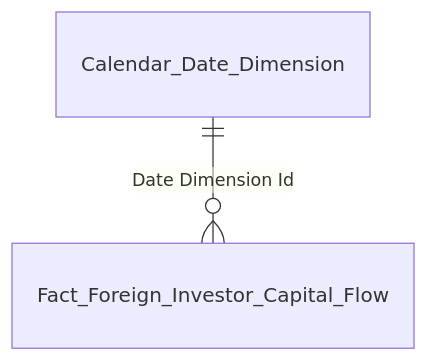
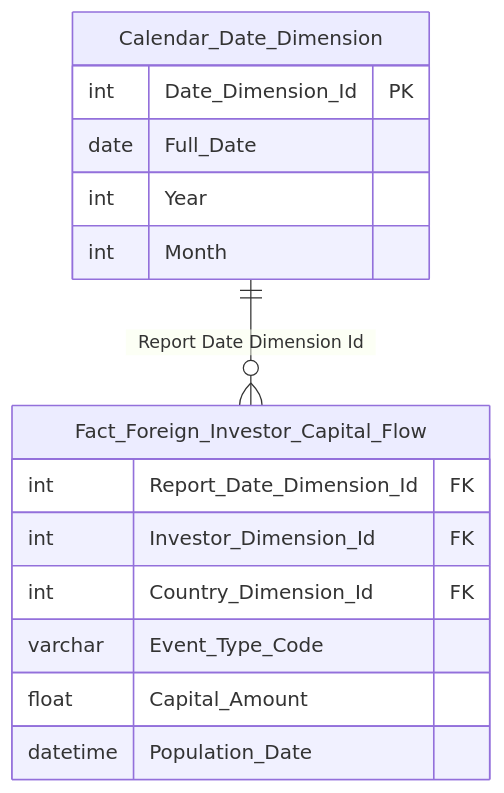
One commit to linhlvit/ubck_atomic_design changed the ninth of 28 diagrams in Gold/hld/GOLD_NDTNN_HLD.md. Above: the diagram before and after it, drawn with Mermaid. The commit also changed other lines of this file and 12 other files, not shown here.

````diff
--- a/Gold/hld/GOLD_NDTNN_HLD.md
+++ b/Gold/hld/GOLD_NDTNN_HLD.md
@@ -248,4 +499,19 @@
 ```mermaid
 erDiagram
-    Calendar_Date_Dimension ||--o{ Fact_Foreign_Investor_Capital_Flow : "Date Dimension Id"
+    Calendar_Date_Dimension {
+        int Date_Dimension_Id PK
+        date Full_Date
+        int Year
+        int Month
+    }
+    Fact_Foreign_Investor_Capital_Flow {
+        int Report_Date_Dimension_Id FK
+        int Investor_Dimension_Id FK
+        int Country_Dimension_Id FK
+        varchar Event_Type_Code
+        float Capital_Amount
+        datetime Population_Date
+    }
+
+    Calendar_Date_Dimension ||--o{ Fact_Foreign_Investor_Capital_Flow : "Report Date Dimension Id"
 ```
````
